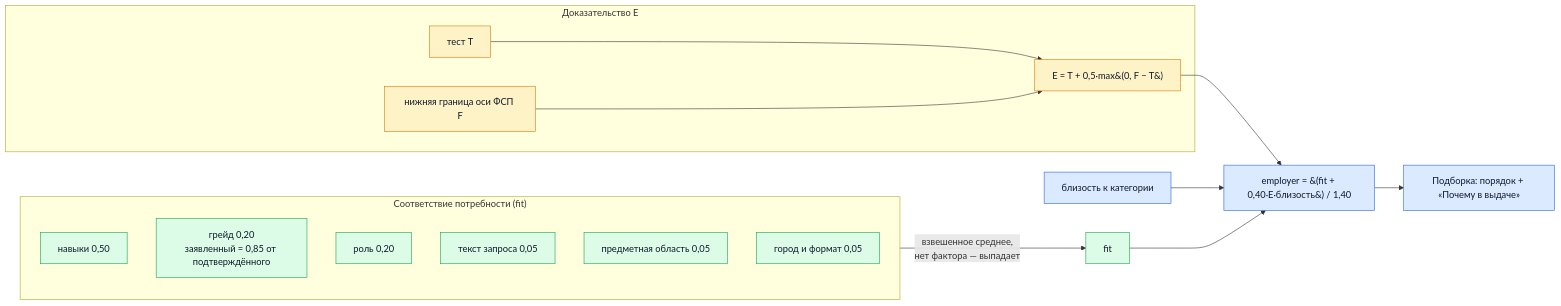
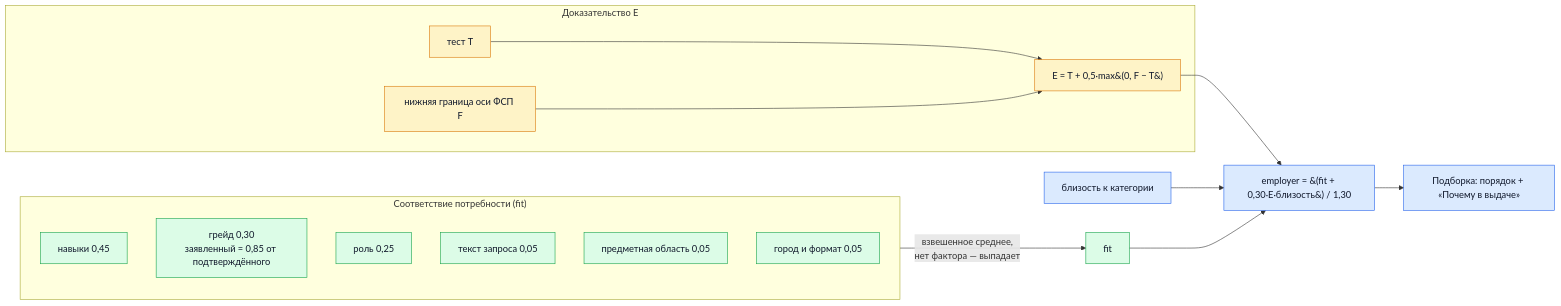
The fourth of 4 diagrams in ARCHITECTURE.md (KonkovDV/fsp-talent), drawn with Mermaid before and after one commit. The commit also changed other lines of this file, not shown here.

Commit message:
ARCHITECTURE: схема запуска отображается на GitHub, веса подбора после настройки

````diff
--- a/ARCHITECTURE.md
+++ b/ARCHITECTURE.md
@@ -116,27 +116,27 @@
 ```mermaid
 flowchart LR
   subgraph FIT["Соответствие потребности (fit)"]
-    SK[навыки 0,50]:::core
-    GR[грейд 0,20<br/>заявленный = 0,85 от подтверждённого]:::core
-    RO[роль 0,20]:::core
+    SK[навыки 0,45]:::core
+    GR[грейд 0,30<br/>заявленный = 0,85 от подтверждённого]:::core
+    RO[роль 0,25]:::core
     TX[текст запроса 0,05]:::core
     IN[предметная область 0,05]:::core
     CO[город и формат 0,05]:::core
   end
   subgraph EVD["Доказательство E"]
     TE[тест T]:::data
     FS[нижняя граница оси ФСП F]:::data
     TE --> EE["E = T + 0,5·max&#40;0, F − T&#41;"]:::data
     FS --> EE
   end
   FIT -->|"взвешенное среднее,<br/>нет фактора — выпадает"| FT[fit]:::core
   EE --> SC
   PX[близость к категории]:::ui --> SC
-  FT --> SC["employer = &#40;fit + 0,40·E·близость&#41; / 1,40"]:::ui
+  FT --> SC["employer = &#40;fit + 0,30·E·близость&#41; / 1,30"]:::ui
   SC --> OUT[Подборка: порядок + «Почему в выдаче»]:::ui
   classDef ui fill:#dbeafe,stroke:#2563eb,color:#0f172a
   classDef core fill:#dcfce7,stroke:#16a34a,color:#0f172a
   classDef data fill:#fef3c7,stroke:#d97706,color:#0f172a
   classDef ext fill:#f3e8ff,stroke:#9333ea,color:#0f172a,stroke-dasharray:4 3
   classDef warn fill:#fee2e2,stroke:#dc2626,color:#0f172a
 ```
````
